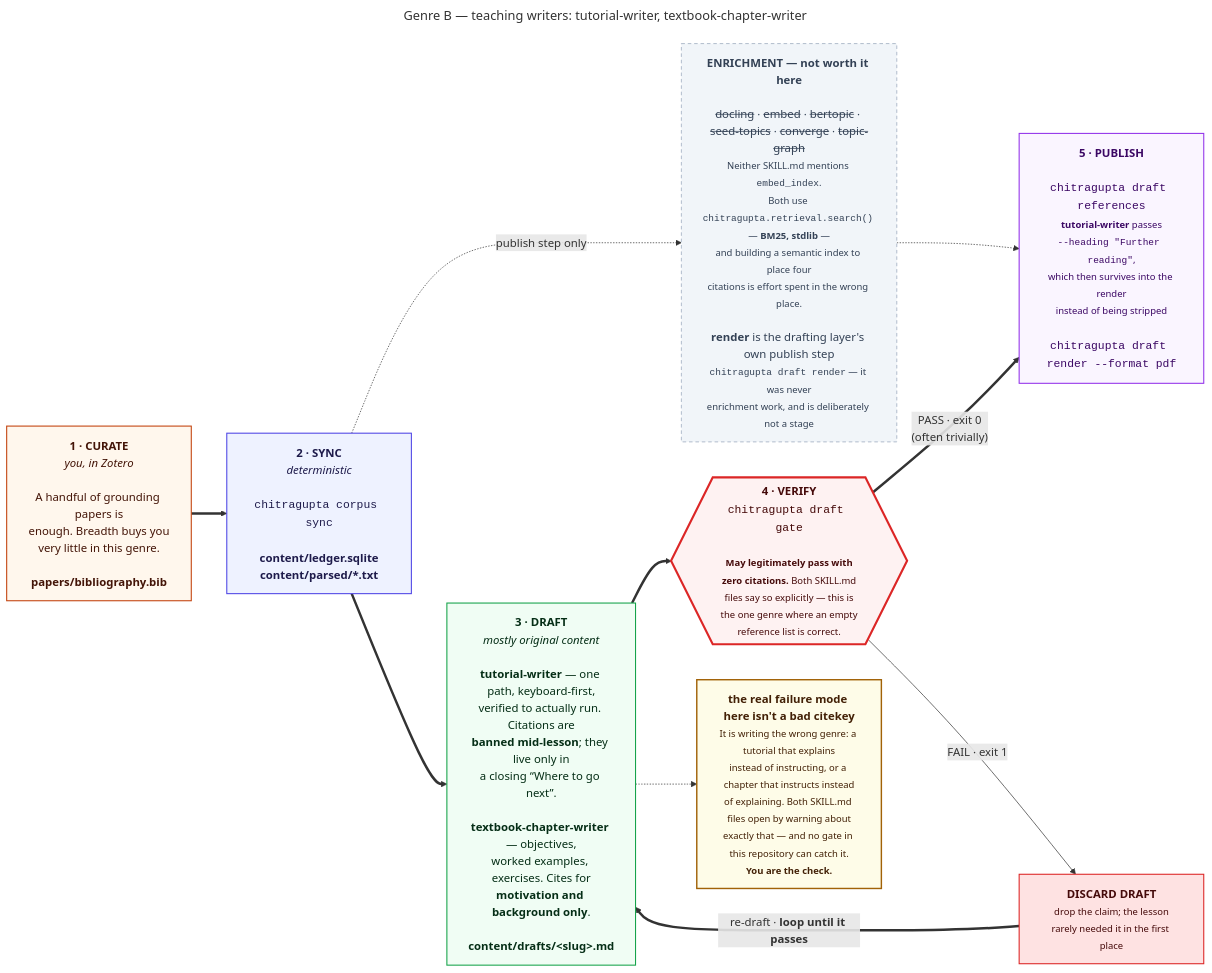
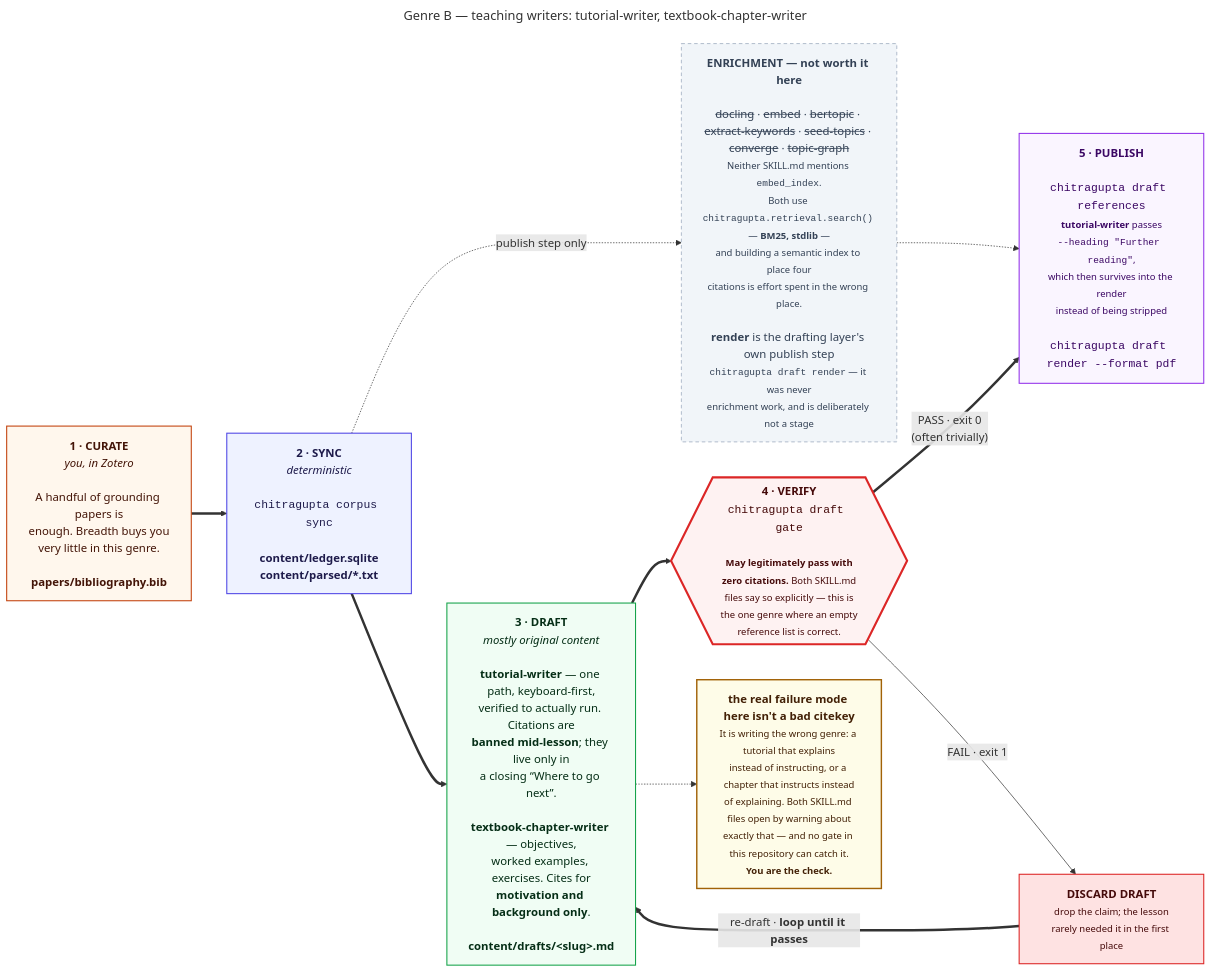
The diagram in docs/diagrams/g2-teaching.mmd (prasadtalasila/chitragupta), drawn with Mermaid before and after one commit. The commit also changed 28 other files, not shown here.

First line of the commit message:
Add an extract-keywords enrich stage sourcing each paper's declared keywords

```diff
--- a/docs/diagrams/g2-teaching.mmd
+++ b/docs/diagrams/g2-teaching.mmd
@@ -1,46 +1,46 @@
 ---
 title: "Genre B — teaching writers: tutorial-writer, textbook-chapter-writer"
 ---
 flowchart LR
 
   P0["<b>1 · CURATE</b><br/><i>you, in Zotero</i><br/><br/>A handful of grounding papers is<br/>enough. Breadth buys you<br/>very little in this genre.<br/><br/><b>papers/bibliography.bib</b>"]
 
   P1["<b>2 · SYNC</b><br/><i>deterministic</i><br/><br/><code>chitragupta corpus sync</code><br/><br/><b>content/ledger.sqlite</b><br/><b>content/parsed/*.txt</b>"]
 
-  HEAVY["<b>ENRICHMENT — not worth it here</b><br/><br/><s>docling</s> · <s>embed</s> · <s>bertopic</s> · <s>seed-topics</s> · <s>converge</s> · <s>topic-graph</s><br/><small>Neither SKILL.md mentions <code>embed_index</code>.<br/>Both use <code>chitragupta.retrieval.search()</code> — <b>BM25, stdlib</b> —<br/>and building a semantic index to place four<br/>citations is effort spent in the wrong place.</small><br/><br/><b>render</b> is the drafting layer's own publish step<br/><small><code>chitragupta draft render</code> — it was never<br/>enrichment work, and is deliberately not a stage</small>"]
+  HEAVY["<b>ENRICHMENT — not worth it here</b><br/><br/><s>docling</s> · <s>embed</s> · <s>bertopic</s> · <s>extract-keywords</s> · <s>seed-topics</s> · <s>converge</s> · <s>topic-graph</s><br/><small>Neither SKILL.md mentions <code>embed_index</code>.<br/>Both use <code>chitragupta.retrieval.search()</code> — <b>BM25, stdlib</b> —<br/>and building a semantic index to place four<br/>citations is effort spent in the wrong place.</small><br/><br/><b>render</b> is the drafting layer's own publish step<br/><small><code>chitragupta draft render</code> — it was never<br/>enrichment work, and is deliberately not a stage</small>"]
 
   P2["<b>3 · DRAFT</b><br/><i>mostly original content</i><br/><br/><b>tutorial-writer</b> — one path, keyboard-first,<br/>verified to actually run. Citations are<br/><b>banned mid-lesson</b>; they live only in<br/>a closing “Where to go next”.<br/><br/><b>textbook-chapter-writer</b> — objectives,<br/>worked examples, exercises. Cites for<br/><b>motivation and background only</b>.<br/><br/><b>content/drafts/&lt;slug&gt;.md</b>"]
 
   P3{{"<b>4 · VERIFY</b><br/><code>chitragupta draft gate</code><br/><br/><small><b>May legitimately pass with<br/>zero citations.</b> Both SKILL.md<br/>files say so explicitly — this is<br/>the one genre where an empty<br/>reference list is correct.</small>"}}
 
   FIX["<b>DISCARD DRAFT</b><br/><small>drop the claim; the lesson<br/>rarely needed it in the first place</small>"]
 
   P4["<b>5 · PUBLISH</b><br/><br/><code>chitragupta draft references</code><br/><small><b>tutorial-writer</b> passes<br/><code>--heading &quot;Further reading&quot;</code>,<br/>which then survives into the render<br/>instead of being stripped</small><br/><br/><code>chitragupta draft render --format pdf</code>"]
 
   RISK["<b>the real failure mode here isn't a bad citekey</b><br/><small>It is writing the wrong genre: a tutorial that explains<br/>instead of instructing, or a chapter that instructs instead<br/>of explaining. Both SKILL.md files open by warning about<br/>exactly that — and no gate in this repository can catch it.<br/><b>You are the check.</b></small>"]
 
   P0 ==> P1 ==> P2 ==> P3
   P1 -. "publish step only" .-> HEAVY
   HEAVY -.-> P4
   P3 == "PASS · exit 0<br/>(often trivially)" ==> P4
   P3 -- "FAIL · exit 1" --> FIX
   FIX == "re-draft · <b>loop until it passes</b>" ==> P2
   P2 -.-> RISK
 
   classDef you fill:#fff7ed,stroke:#c2410c,stroke-width:1.5px,color:#431407
   classDef det fill:#eef2ff,stroke:#4f46e5,stroke-width:1.5px,color:#1e1b4b
   classDef gen fill:#f0fdf4,stroke:#16a34a,stroke-width:1.5px,color:#052e16
   classDef gate fill:#fef2f2,stroke:#dc2626,stroke-width:3px,color:#450a0a
   classDef out fill:#faf5ff,stroke:#9333ea,stroke-width:1.5px,color:#3b0764
   classDef bad fill:#fee2e2,stroke:#dc2626,stroke-width:1.5px,color:#450a0a
   classDef off fill:#f1f5f9,stroke:#94a3b8,stroke-dasharray:5 4,color:#334155
   classDef risk fill:#fefce8,stroke:#a16207,stroke-width:2px,color:#422006
 
   class P0 you
   class P1 det
   class P2 gen
   class P3 gate
   class P4 out
   class FIX bad
   class HEAVY off
   class RISK risk
```
